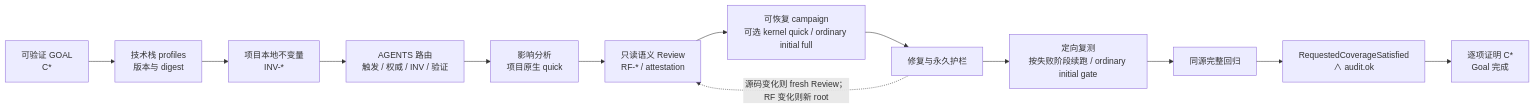
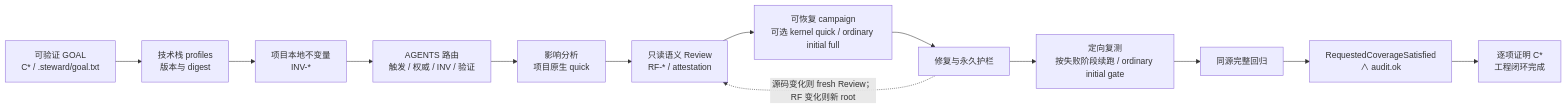
Before and after one commit to coachpo/3mi-plugins: the first of 2 diagrams in plugins/steward/README.md, drawn with Mermaid. The commit also changed other lines of this file and 42 other files, not shown here.

````diff
--- a/plugins/steward/README.md
+++ b/plugins/steward/README.md
@@ -147,15 +159,15 @@
 ```mermaid
 flowchart LR
-  G["可验证 GOAL<br/>C*"] --> P["技术栈 profiles<br/>版本与 digest"]
+  G["可验证 GOAL<br/>C* / .steward/goal.txt"] --> P["技术栈 profiles<br/>版本与 digest"]
   P --> I["项目本地不变量<br/>INV-*"]
   I --> A["AGENTS 路由<br/>触发 / 权威 / INV / 验证"]
   A --> Q["影响分析<br/>项目原生 quick"]
   Q --> R["只读语义 Review<br/>RF-* / attestation"]
   R --> C["可恢复 campaign<br/>可选 kernel quick / ordinary initial full"]
   C --> F["修复与永久护栏"]
   F -. "源码变化则 fresh Review；RF 变化则新 root" .-> R
   F --> T["定向复测<br/>按失败阶段续跑 / ordinary initial gate"]
   T --> X["同源完整回归"]
   X --> U["RequestedCoverageSatisfied<br/>∧ audit.ok"]
-  U --> Z["逐项证明 C*<br/>Goal 完成"]
+  U --> Z["逐项证明 C*<br/>工程闭环完成"]
 ```
````
